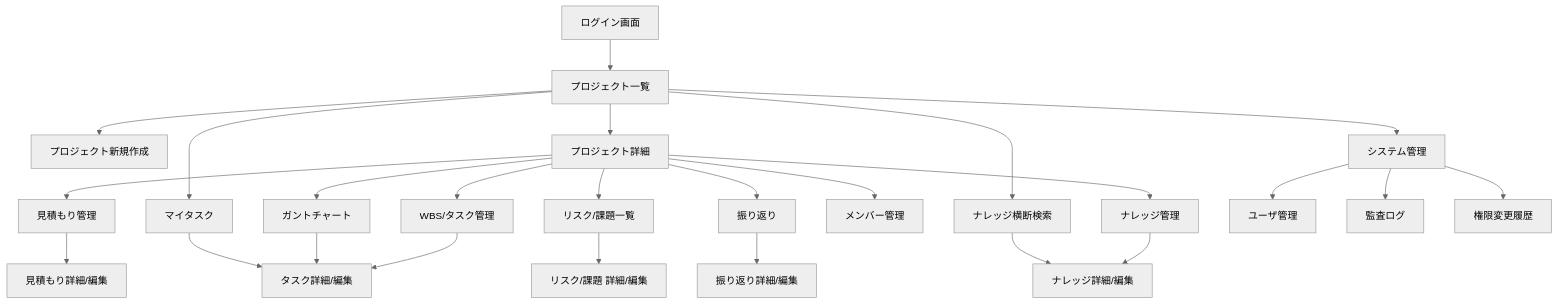
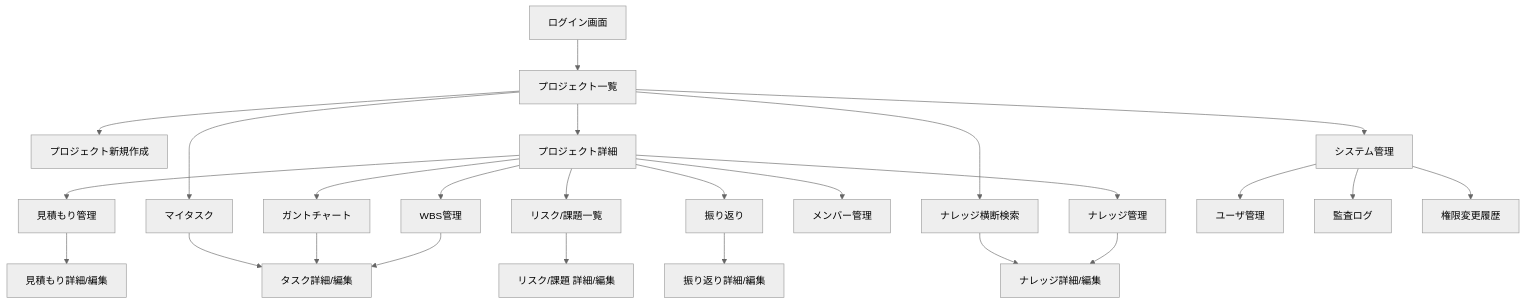
Before and after one commit to teppei19980914/BusinessManagementPlatform: the fourth of 4 diagrams in docs/DESIGN.md, drawn with Mermaid (neutral theme). The commit also changed other lines of this file and 2 other files, not shown here.

````diff
--- a/docs/DESIGN.md
+++ b/docs/DESIGN.md
@@ -2962,33 +2963,33 @@
 ```mermaid
 flowchart TD
     LOGIN[ログイン画面] --> PJ_LIST[プロジェクト一覧]
 
     PJ_LIST --> PJ_NEW[プロジェクト新規作成]
     PJ_LIST --> PJ_DETAIL[プロジェクト詳細]
 
     PJ_DETAIL --> TAB_EST[見積もり管理]
-    PJ_DETAIL --> TAB_TASK[WBS/タスク管理]
+    PJ_DETAIL --> TAB_TASK[WBS管理]
     PJ_DETAIL --> TAB_GANTT[ガントチャート]
     PJ_DETAIL --> TAB_RISK[リスク/課題一覧]
     PJ_DETAIL --> TAB_KN[ナレッジ管理]
     PJ_DETAIL --> TAB_RETRO[振り返り]
     PJ_DETAIL --> TAB_MEMBER[メンバー管理]
 
     TAB_EST --> EST_DETAIL[見積もり詳細/編集]
     TAB_TASK --> TASK_DETAIL[タスク詳細/編集]
     TAB_GANTT --> TASK_DETAIL
     TAB_RISK --> RISK_DETAIL[リスク/課題 詳細/編集]
     TAB_KN --> KN_DETAIL[ナレッジ詳細/編集]
     TAB_RETRO --> RETRO_DETAIL[振り返り詳細/編集]
 
     PJ_LIST --> MY_TASKS[マイタスク]
     MY_TASKS --> TASK_DETAIL
 
     PJ_LIST --> KN_SEARCH[ナレッジ横断検索]
     KN_SEARCH --> KN_DETAIL
 
     PJ_LIST --> ADMIN[システム管理]
     ADMIN --> USER_MGMT[ユーザ管理]
     ADMIN --> AUDIT[監査ログ]
     ADMIN --> ROLE_HIST[権限変更履歴]
 ```
````
